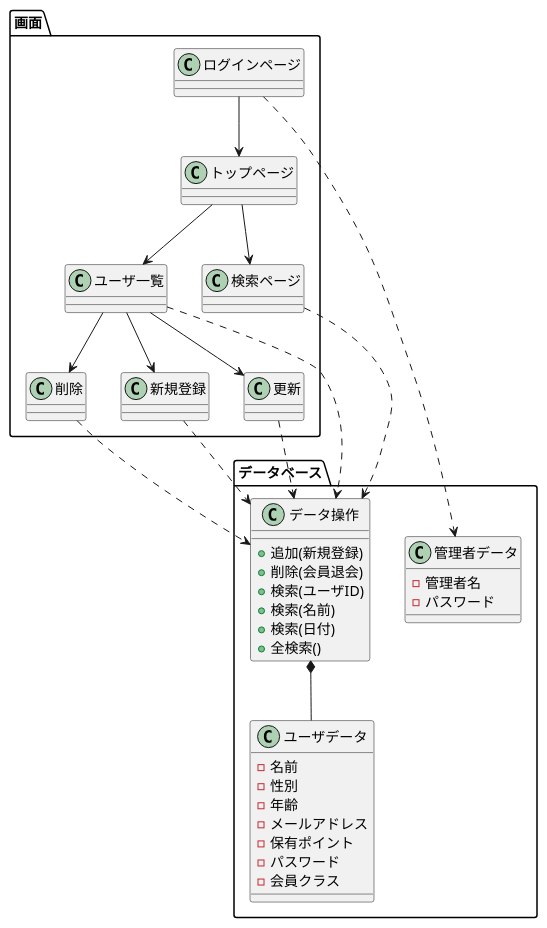
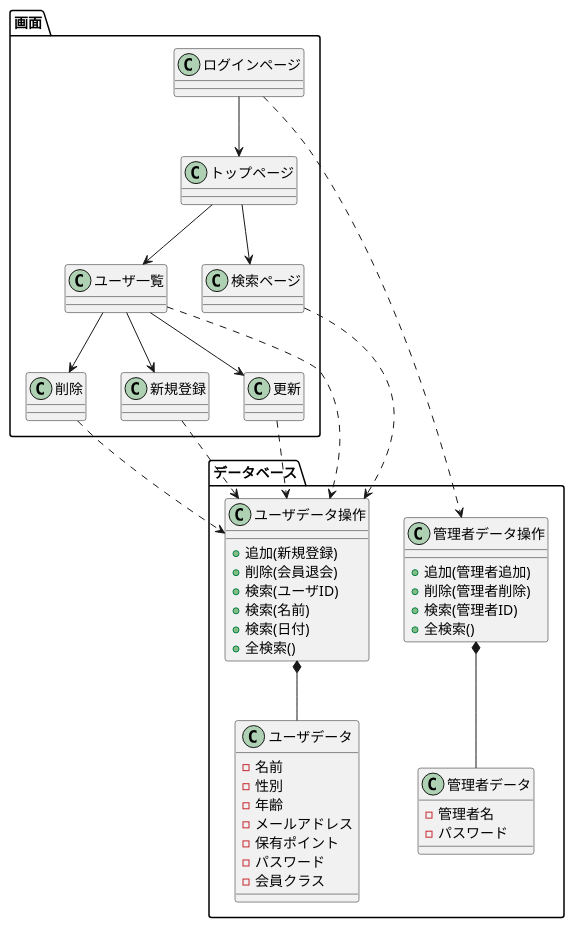
The diagram in uml/class_pp.pu (toufu66/ProjectC), drawn with PlantUML before and after one commit.

Commit message:
クラス図簡易版追記（１）

```diff
--- a/uml/class_pp.pu
+++ b/uml/class_pp.pu
@@ -1,49 +1,56 @@
 @startuml
 package 画面{
 	class ログインページ
 	class トップページ
 	class ユーザ一覧
 	class 検索ページ
 	class 削除
 	class 新規登録
 	class 更新
 }
 package データベース{
-	class データ操作{
+	class ユーザデータ操作{
 		+追加(新規登録)
 		+削除(会員退会)
 		+検索(ユーザID)
 		+検索(名前)
 		+検索(日付)
 		+全検索()
 	}
 	class ユーザデータ{
 		-名前
 		-性別
 		-年齢
 		-メールアドレス
 		-保有ポイント
 		-パスワード
 		-会員クラス
 	}
 	class 管理者データ{
 		-管理者名
 		-パスワード
 	}
+	class 管理者データ操作{
+		+追加(管理者追加)
+		+削除(管理者削除)
+		+検索(管理者ID)
+		+全検索()
+	}
 }
 
 ログインページ --> トップページ
-ログインページ ..> 管理者データ
+ログインページ ..> 管理者データ操作
 トップページ --> ユーザ一覧
 トップページ --> 検索ページ
 ユーザ一覧 --> 新規登録
 ユーザ一覧 --> 更新
 ユーザ一覧 --> 削除
-ユーザ一覧 ..> データ操作
-新規登録 ..> データ操作
-更新 ..> データ操作
-削除 ..> データ操作
-検索ページ ..> データ操作
+ユーザ一覧 ..> ユーザデータ操作
+新規登録 ..> ユーザデータ操作
+更新 ..> ユーザデータ操作
+削除 ..> ユーザデータ操作
+検索ページ ..> ユーザデータ操作
 
-データ操作 *--  ユーザデータ
+ユーザデータ操作 *--  ユーザデータ
+管理者データ操作 *--  管理者データ
 @enduml
```
